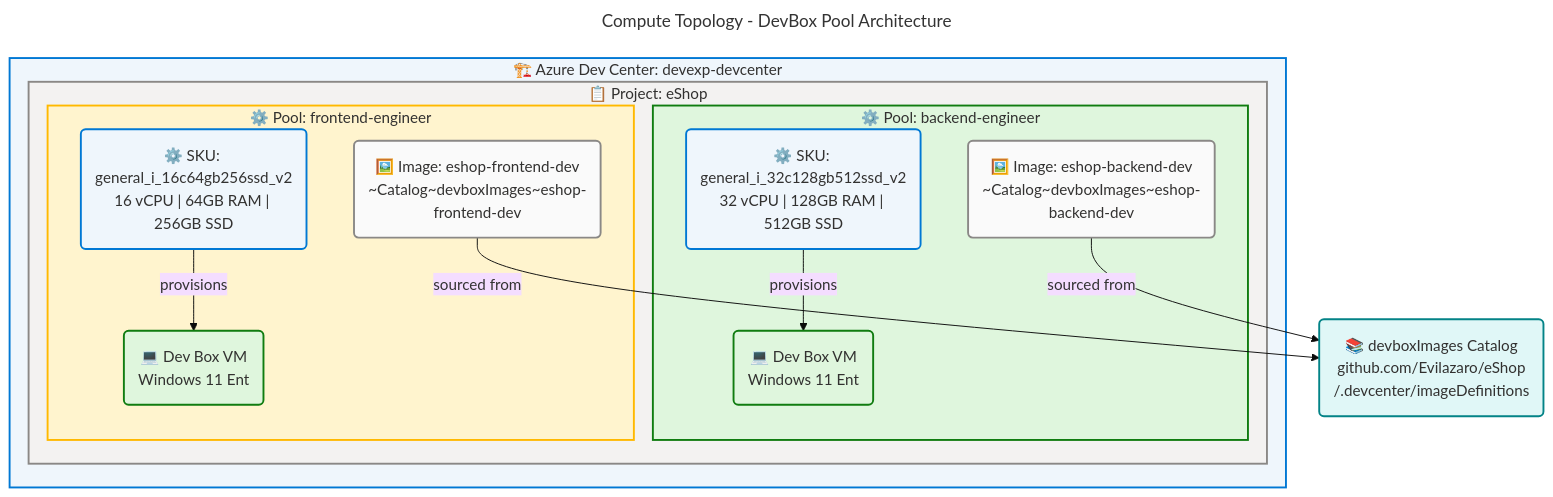
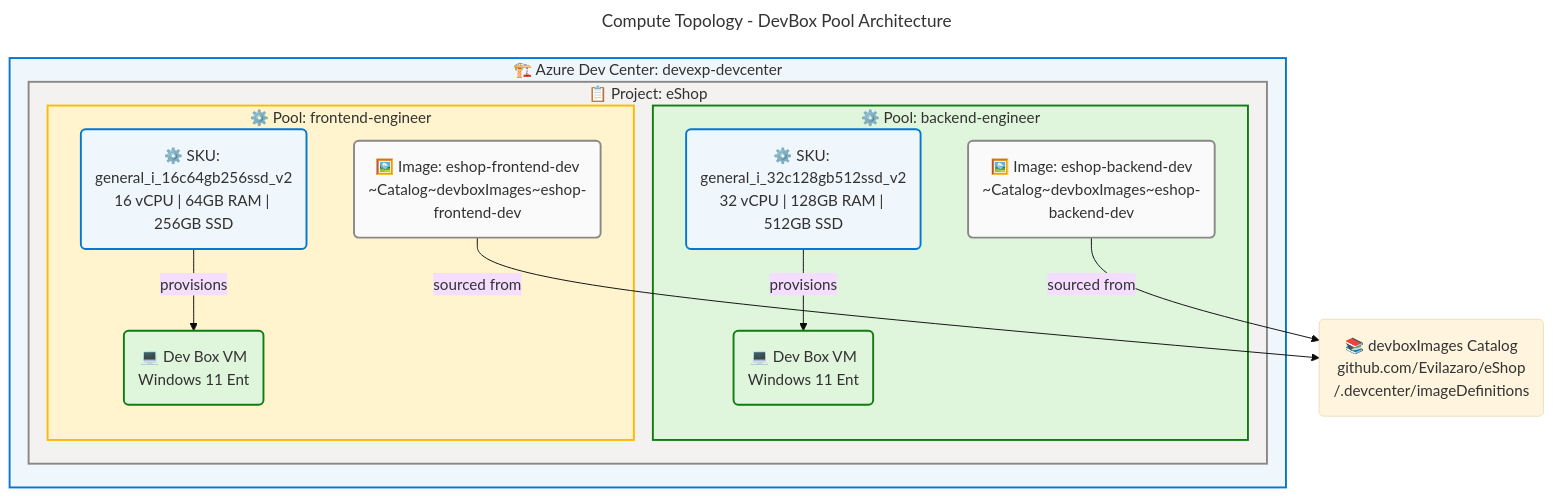
The fourth of 6 diagrams in docs/architecture/technology-architecture.md (Evilazaro/DevExp-DevBox), drawn with Mermaid before and after one commit. The commit also changed other lines of this file and 1 other file, not shown here.

Commit message:
refactor: Update Mermaid diagram styles for improved visual distinction in data architecture and technology architecture documentation

````diff
--- a/docs/architecture/technology-architecture.md
+++ b/docs/architecture/technology-architecture.md
@@ -638,65 +635,64 @@
 ```mermaid
 ---
 title: Compute Topology - DevBox Pool Architecture
 config:
   theme: base
   look: classic
   layout: dagre
   themeVariables:
     fontSize: '16px'
   flowchart:
     htmlLabels: true
 ---
 flowchart TB
     accTitle: Compute Topology - DevBox Pool Architecture
     accDescr: Shows DevCenter compute hierarchy from project to pool to individual Dev Box VM instances with VM SKU specifications
 
     %% ═══════════════════════════════════════════════════════════════════════════
     %% AZURE / FLUENT ARCHITECTURE PATTERN v1.1
     %% (Semantic + Structural + Font + Accessibility Governance)
     %% ═══════════════════════════════════════════════════════════════════════════
     %% PHASE 1 - FLUENT UI: All styling uses approved Fluent UI palette only
     %% PHASE 2 - GROUPS: Every subgraph has semantic color via style directive
     %% PHASE 3 - COMPONENTS: Every node has semantic classDef + icon prefix
     %% PHASE 4 - ACCESSIBILITY: accTitle/accDescr present, WCAG AA contrast
     %% PHASE 5 - STANDARD: Governance block present, classDefs centralized
     %% ═══════════════════════════════════════════════════════════════════════════
 
     subgraph DevCenterService["🏗️ Azure Dev Center: devexp-devcenter"]
 
         subgraph eShopProject["📋 Project: eShop"]
 
             subgraph BackendPool["⚙️ Pool: backend-engineer"]
                 BE_SKU("⚙️ SKU: general_i_32c128gb512ssd_v2<br/>32 vCPU | 128GB RAM | 512GB SSD"):::core
                 BE_IMG("🖼️ Image: eshop-backend-dev<br/>~Catalog~devboxImages~eshop-backend-dev"):::neutral
                 BE_VM1("💻 Dev Box VM<br/>Windows 11 Ent"):::success
             end
 
             subgraph FrontendPool["⚙️ Pool: frontend-engineer"]
                 FE_SKU("⚙️ SKU: general_i_16c64gb256ssd_v2<br/>16 vCPU | 64GB RAM | 256GB SSD"):::core
                 FE_IMG("🖼️ Image: eshop-frontend-dev<br/>~Catalog~devboxImages~eshop-frontend-dev"):::neutral
                 FE_VM1("💻 Dev Box VM<br/>Windows 11 Ent"):::success
             end
 
         end
 
     end
 
     ImgCatalog("📚 devboxImages Catalog<br/>github.com/Evilazaro/eShop<br/>/.devcenter/imageDefinitions"):::external
 
     BE_IMG -->|"sourced from"| ImgCatalog
     FE_IMG -->|"sourced from"| ImgCatalog
     BE_SKU -->|"provisions"| BE_VM1
     FE_SKU -->|"provisions"| FE_VM1
 
     %% Centralized classDefs
     classDef neutral fill:#FAFAFA,stroke:#8A8886,stroke-width:2px,color:#323130
     classDef core fill:#EFF6FC,stroke:#0078D4,stroke-width:2px,color:#323130
     classDef success fill:#DFF6DD,stroke:#107C10,stroke-width:2px,color:#323130
-    classDef external fill:#E0F7F7,stroke:#038387,stroke-width:2px,color:#323130
 
     style DevCenterService fill:#EFF6FC,stroke:#0078D4,stroke-width:2px,color:#323130
     style eShopProject fill:#F3F2F1,stroke:#8A8886,stroke-width:2px,color:#323130
     style BackendPool fill:#DFF6DD,stroke:#107C10,stroke-width:2px,color:#323130
     style FrontendPool fill:#FFF4CE,stroke:#FFB900,stroke-width:2px,color:#323130
 ```
````
